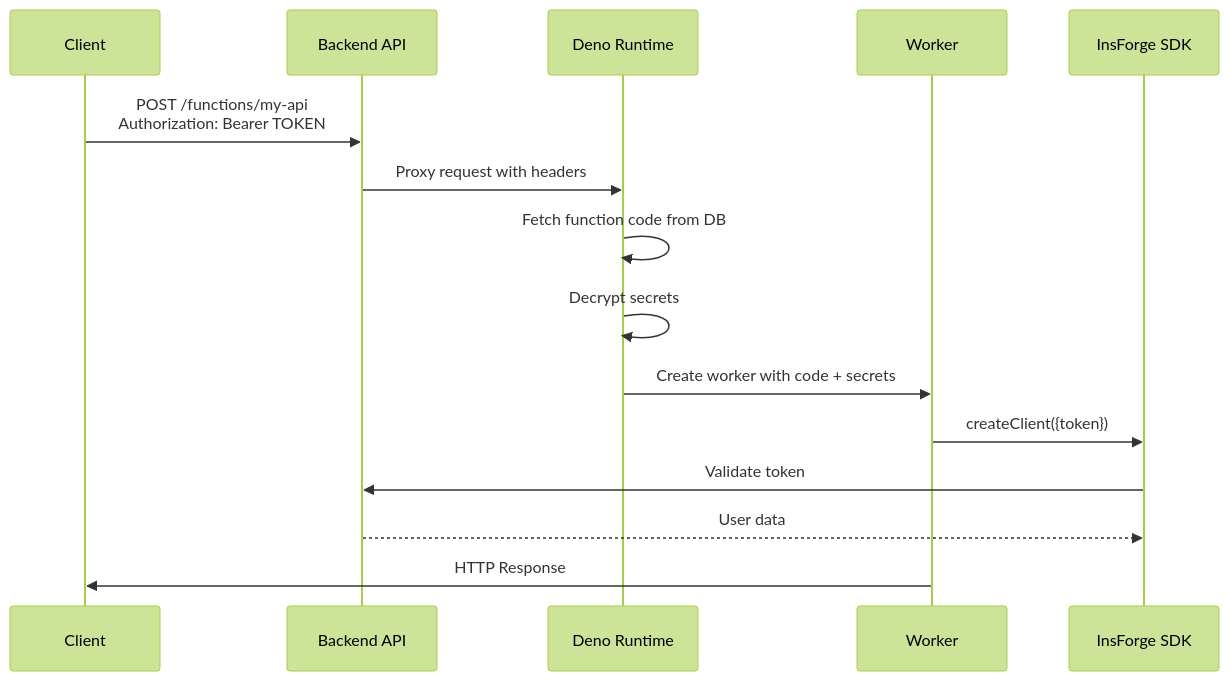
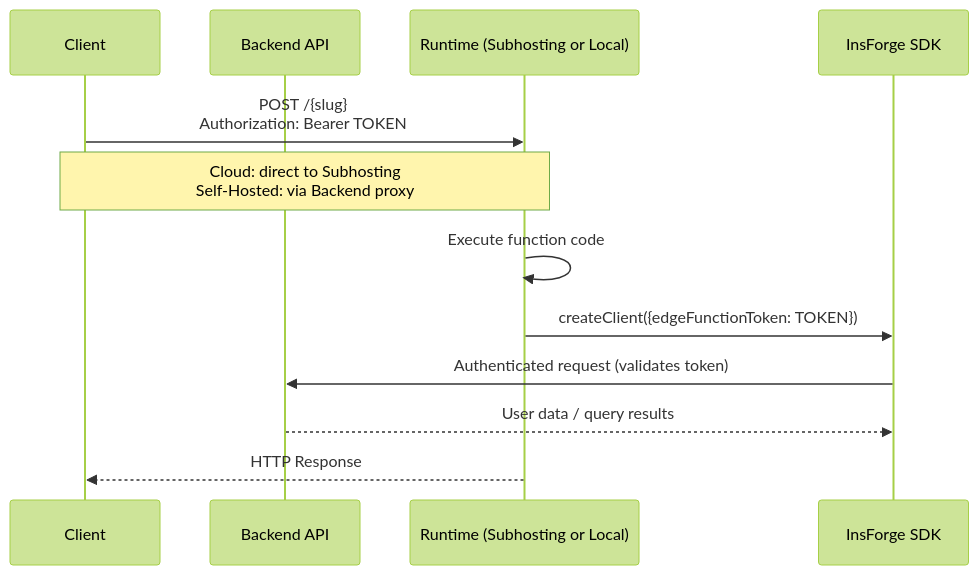
Before and after one commit to InsForge/InsForge: the third of 3 diagrams in docs/core-concepts/functions/architecture.mdx, drawn with Mermaid (forest theme). The commit also changed other lines of this file and 1 other file, not shown here.

First line of the commit message:
fix(docs): update functions docs at correct Mintlify path

````diff
--- a/docs/core-concepts/functions/architecture.mdx
+++ b/docs/core-concepts/functions/architecture.mdx
@@ -58,18 +129,15 @@
 ```mermaid
 sequenceDiagram
     participant C as Client
     participant B as Backend API
-    participant D as Deno Runtime
-    participant W as Worker
+    participant R as Runtime (Subhosting or Local)
     participant SDK as InsForge SDK
 
-    C->>B: POST /functions/my-api<br/>Authorization: Bearer TOKEN
-    B->>D: Proxy request with headers
-    D->>D: Fetch function code from DB
-    D->>D: Decrypt secrets
-    D->>W: Create worker with code + secrets
-    W->>SDK: createClient({token})
-    SDK->>B: Validate token
-    B-->>SDK: User data
-    W->>C: HTTP Response
+    C->>R: POST /{slug}<br/>Authorization: Bearer TOKEN
+    Note over C,R: Cloud: direct to Subhosting<br/>Self-Hosted: via Backend proxy
+    R->>R: Execute function code
+    R->>SDK: createClient({edgeFunctionToken: TOKEN})
+    SDK->>B: Authenticated request (validates token)
+    B-->>SDK: User data / query results
+    R-->>C: HTTP Response
 ```
````
